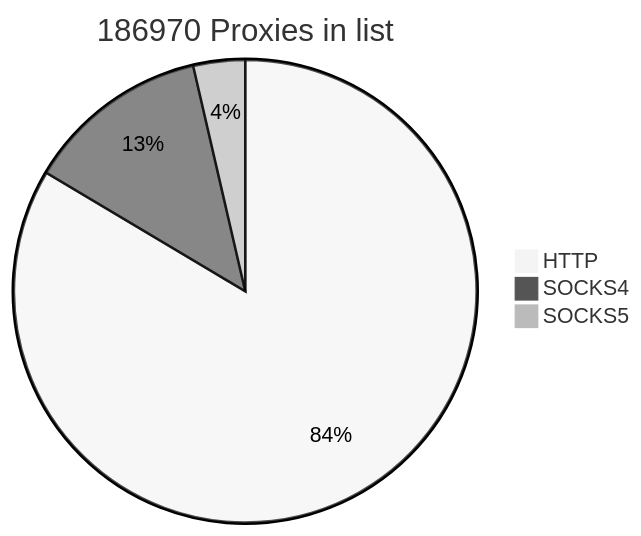
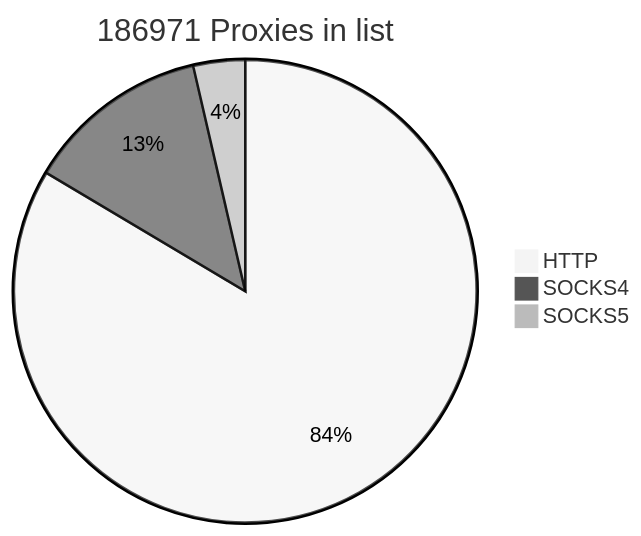
Before and after one commit to cutipu/proxylist: the first of 2 diagrams in README.md, drawn with Mermaid (neutral theme). The commit also changed other lines of this file, not shown here.

````diff
--- a/README.md
+++ b/README.md
@@ -2,7 +2,7 @@
 ```mermaid
-pie title 186970 Proxies in list
+pie title 186971 Proxies in list
     "HTTP" : 156209
-    "SOCKS4" : 24000
+    "SOCKS4" : 24001
     "SOCKS5" : 6761
             
 ```
````
